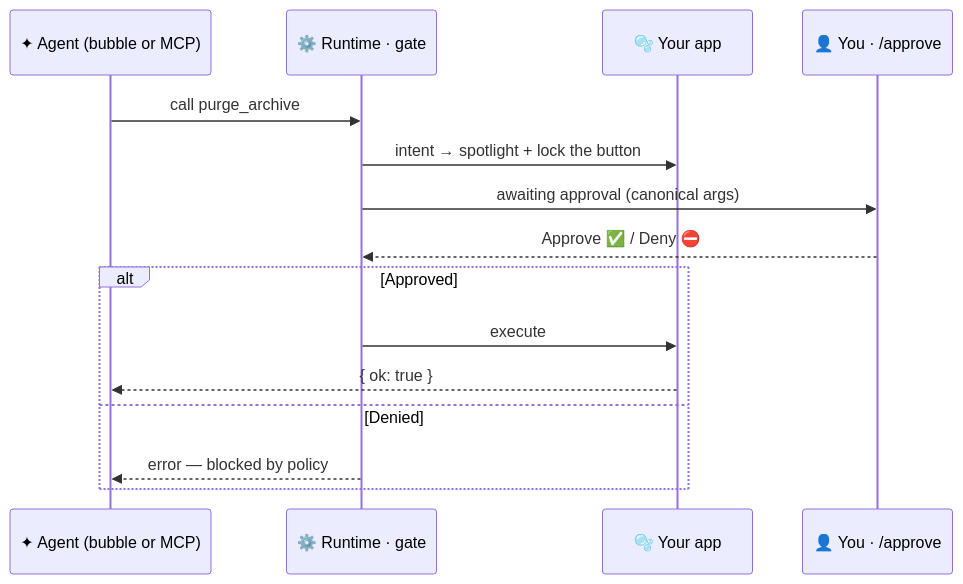
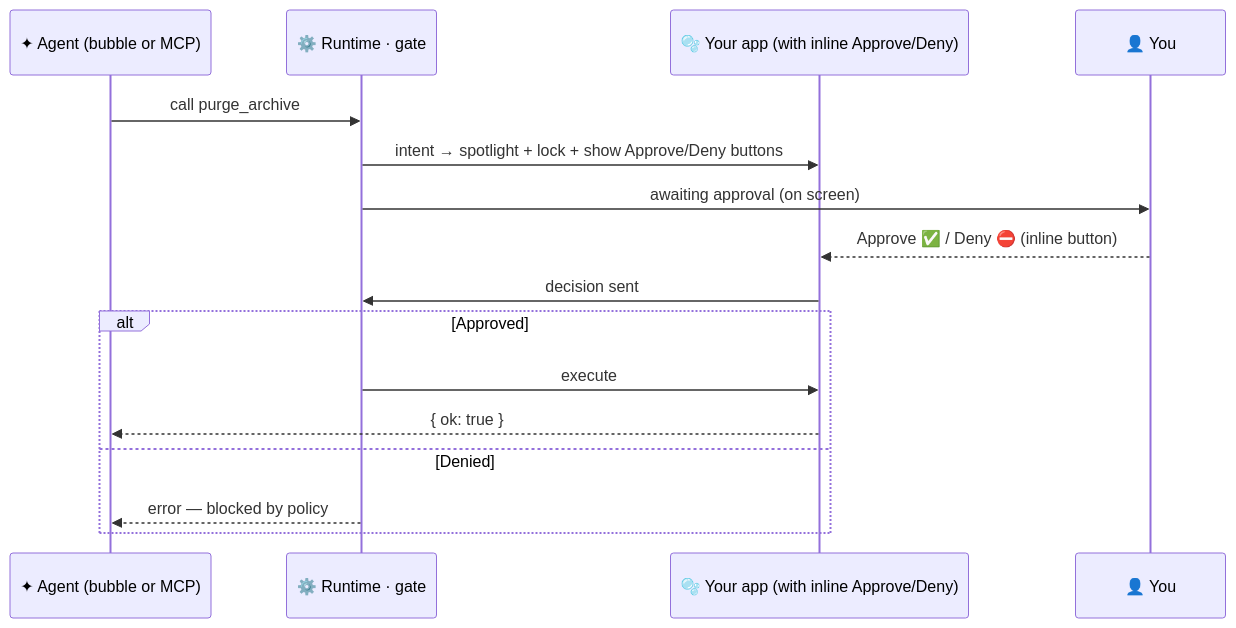
The second of 2 diagrams in README.md (celesnity/Embinder), drawn with Mermaid before and after one commit. The commit also changed other lines of this file and 13 other files, not shown here.

First line of the commit message:
feat: on-screen-only approvals — remove out-of-tab /approve page

````diff
--- a/README.md
+++ b/README.md
@@ -153,17 +151,18 @@
 ```mermaid
 sequenceDiagram
     participant Ag as ✦ Agent (bubble or MCP)
     participant Re as ⚙️ Runtime · gate
-    participant App as 🫧 Your app
-    participant You as 👤 You · /approve
+    participant App as 🫧 Your app (with inline Approve/Deny)
+    participant You as 👤 You
     Ag->>Re: call purge_archive
-    Re->>App: intent → spotlight + lock the button
-    Re->>You: awaiting approval (canonical args)
-    You-->>Re: Approve ✅ / Deny ⛔
+    Re->>App: intent → spotlight + lock + show Approve/Deny buttons
+    Re->>You: awaiting approval (on screen)
+    You-->>App: Approve ✅ / Deny ⛔ (inline button)
+    App->>Re: decision sent
     alt Approved
       Re->>App: execute
       App-->>Ag: { ok: true }
     else Denied
       Re-->>Ag: error — blocked by policy
     end
 ```
````
